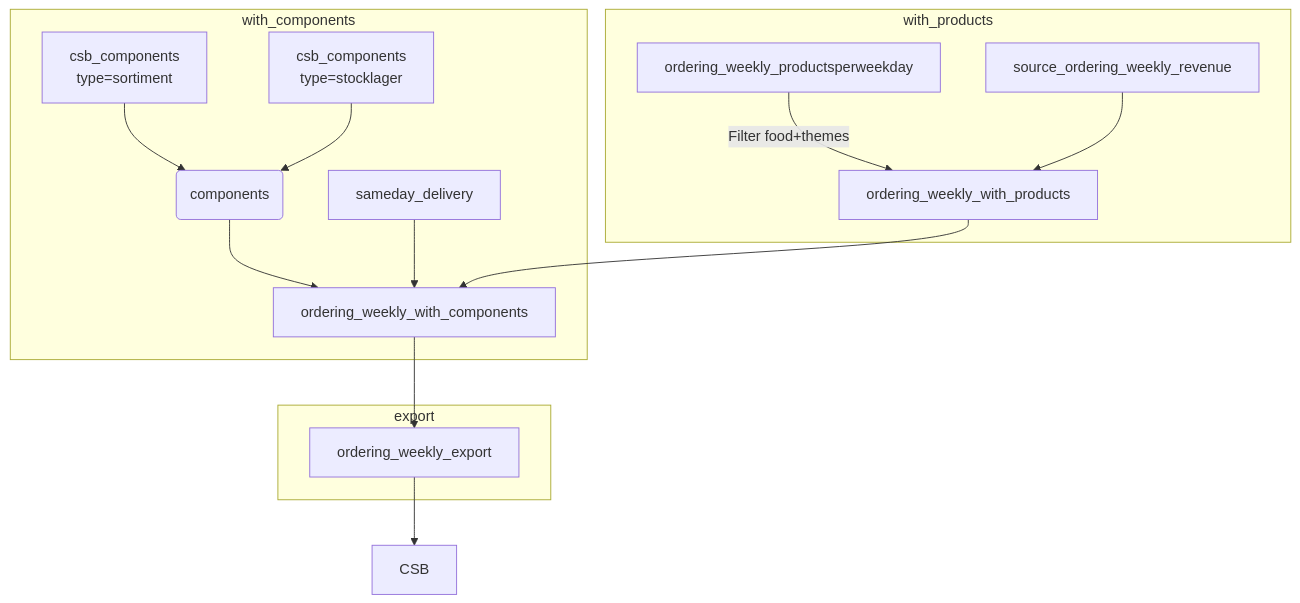
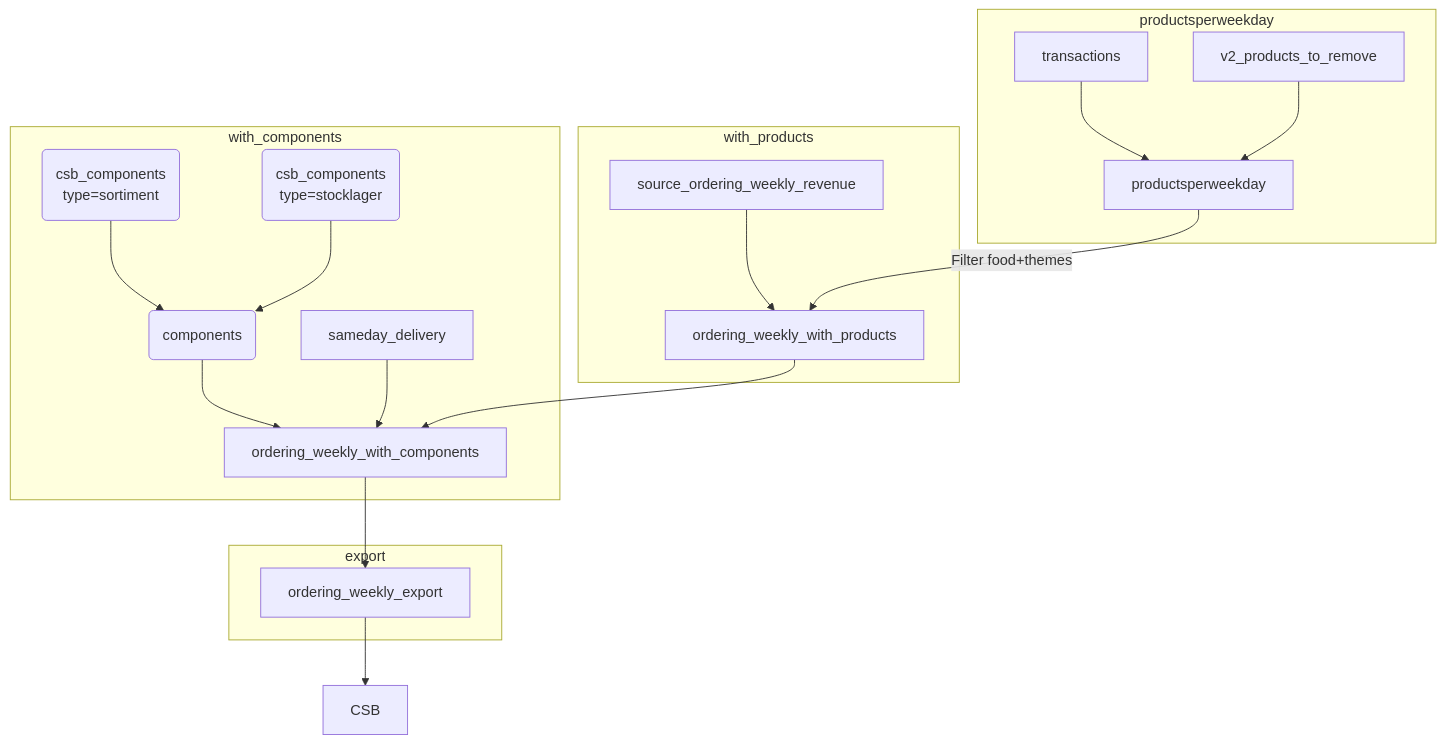
One commit to RudolfHattenkofer/brain changed the diagram in HBH.md. Above: the diagram before and after it, drawn with Mermaid. The commit also changed other lines of this file and 1 other file, not shown here.

Commit message:
vault backup: 2022-10-23 19:06:55

````diff
--- a/HBH.md
+++ b/HBH.md
@@ -4,22 +3,27 @@
 ```mermaid
 graph TD;
+	subgraph D[productsperweekday]
+		transactions --> productsperweekday
+		v2_products_to_remove --> productsperweekday
+		productsperweekday[productsperweekday]
+	end
 	subgraph C[with_products]
-		ordering_weekly_productsperweekday-- Filter food+themes -->with_products
+		productsperweekday-- Filter food+themes -->with_products
 		source_ordering_weekly_revenue-->with_products
 		with_products[ordering_weekly_with_products]
 	end
 	subgraph B[with_components]
-		csb_sortiment[csb_components<br />type=sortiment]-->components
-		csb_stocklager[csb_components<br />type=stocklager]-->components
+		csb_sortiment(csb_components<br />type=sortiment)-->components
+		csb_stocklager(csb_components<br />type=stocklager)-->components
 		components(components)-->with_components
 		with_products-->with_components
 		sameday_delivery-->with_components
 		with_components[ordering_weekly_with_components]
 	end
 	subgraph A[export]
 		export[ordering_weekly_export]
 	end
 	
 	export-->CSB
 	with_components-->export
 ```
````
